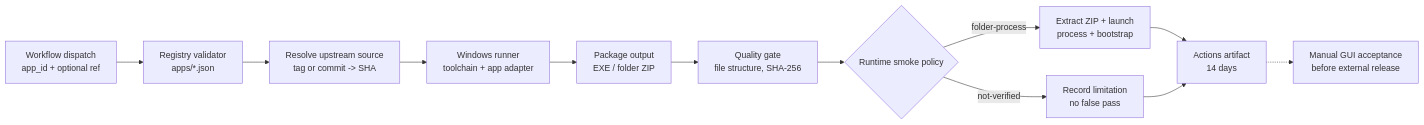
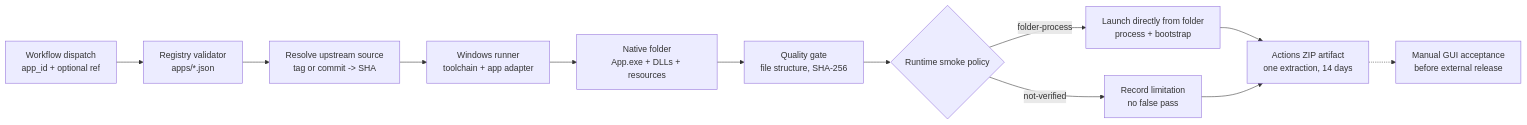
One commit to newnol/t3-portable changed the first of 2 diagrams in docs/portable-factory/README.md. Above: the diagram before and after it, drawn with Mermaid. The commit also changed other lines of this file, not shown here.

Commit message:
docs(factory): document one-unzip native Windows portable directories

````diff
--- a/docs/portable-factory/README.md
+++ b/docs/portable-factory/README.md
@@ -7,14 +7,14 @@
 ```mermaid
 flowchart LR
     A["Workflow dispatch<br/>app_id + optional ref"] --> B["Registry validator<br/>apps/*.json"]
     B --> C["Resolve upstream source<br/>tag or commit -> SHA"]
     C --> D["Windows runner<br/>toolchain + app adapter"]
-    D --> E["Package output<br/>EXE / folder ZIP"]
+    D --> E["Native folder<br/>App.exe + DLLs + resources"]
     E --> F["Quality gate<br/>file structure, SHA-256"]
     F --> G{"Runtime smoke policy"}
-    G -->|"folder-process"| H["Extract ZIP + launch<br/>process + bootstrap"]
+    G -->|"folder-process"| H["Launch directly from folder<br/>process + bootstrap"]
     G -->|"not-verified"| I["Record limitation<br/>no false pass"]
-    H --> J["Actions artifact<br/>14 days"]
+    H --> J["Actions ZIP artifact<br/>one extraction, 14 days"]
     I --> J
     J -.-> K["Manual GUI acceptance<br/>before external release"]
 ```
````
